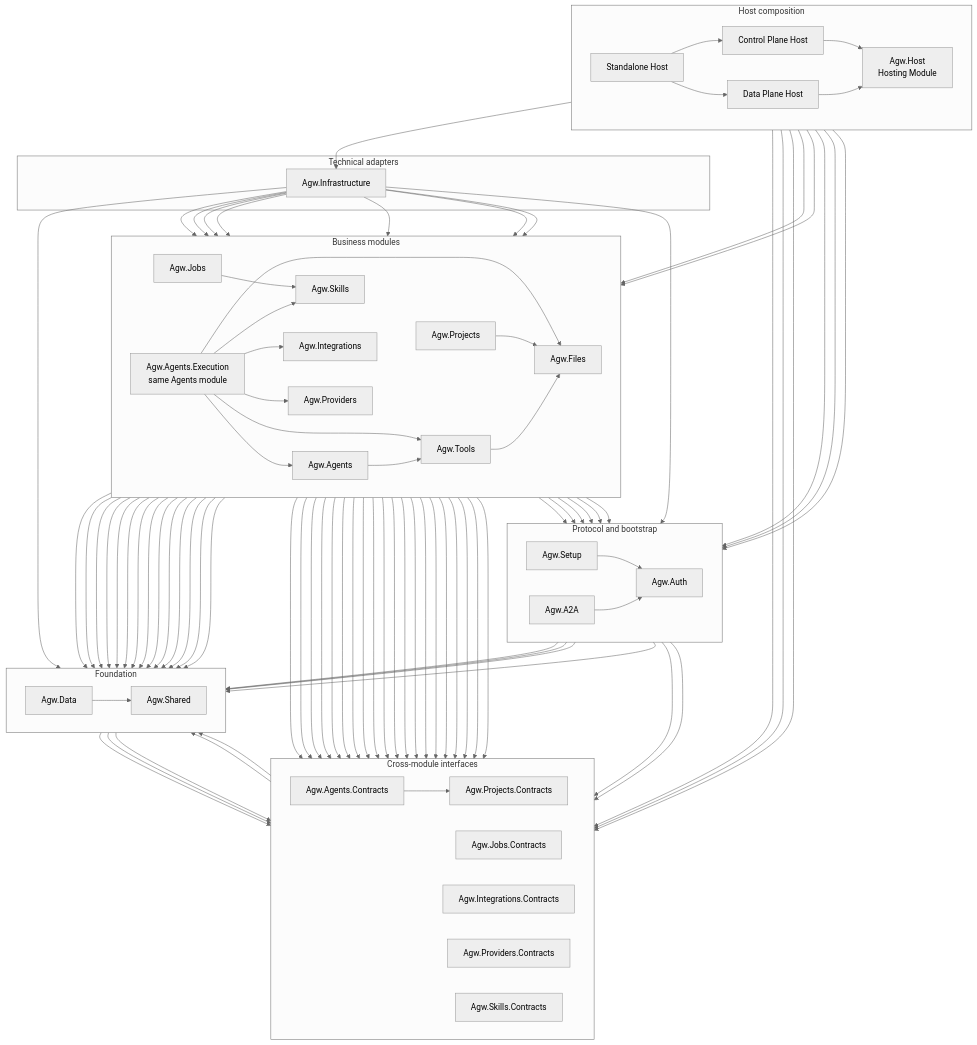
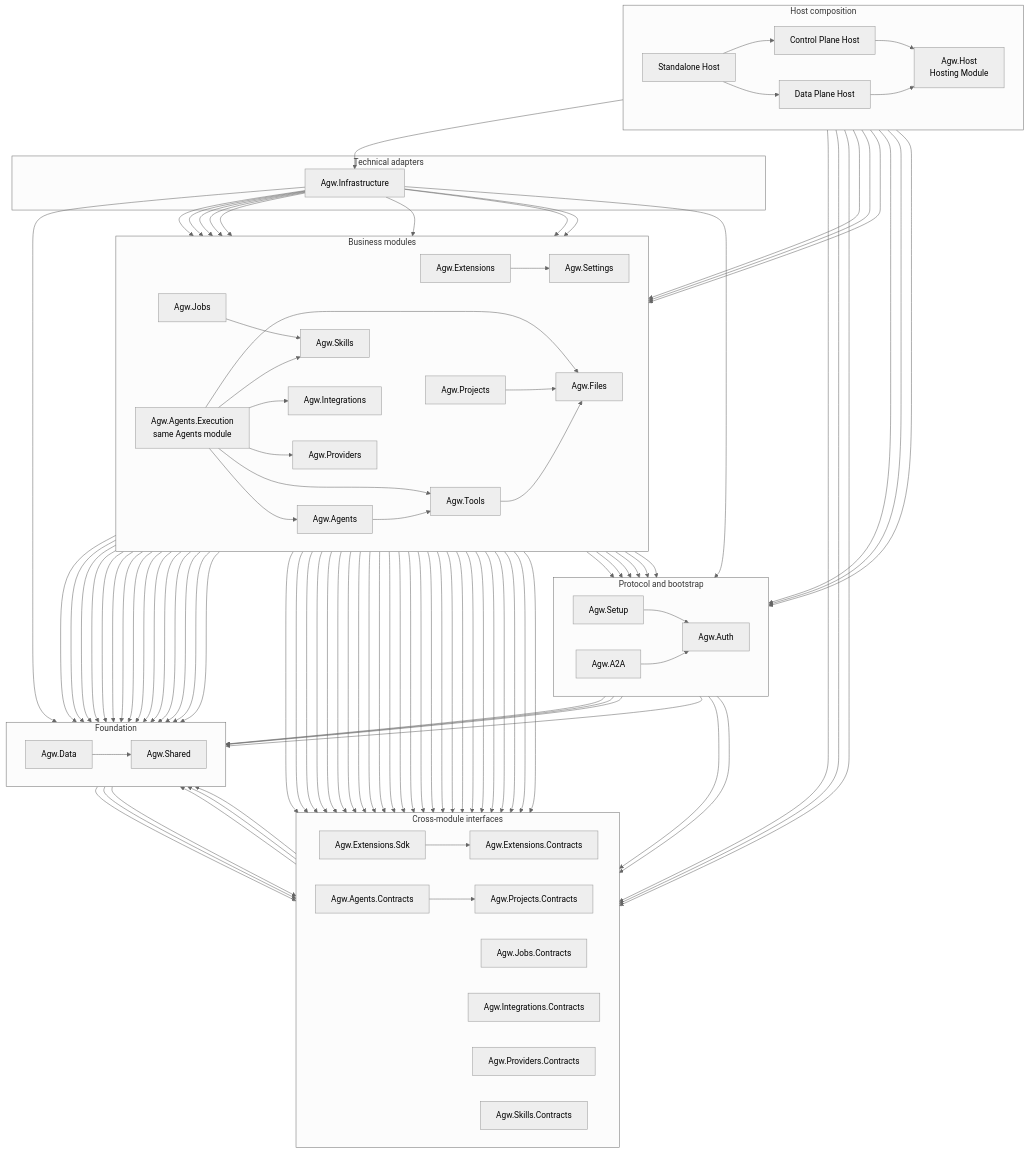
Before and after one commit to zxyao145/agw: the diagram in docs/2.Architecture.md, drawn with Mermaid (neutral theme). The commit also changed other lines of this file and 315 other files, not shown here.

```diff
--- a/docs/2.Architecture.md
+++ b/docs/2.Architecture.md
@@ -92,6 +92,8 @@
         SKILLS["Agw.Skills"]
         TOOLS["Agw.Tools"]
         FILES["Agw.Files"]
+        EXTENSIONS["Agw.Extensions"]
+        SETTINGS["Agw.Settings"]
     end
 
     subgraph Interfaces["Cross-module interfaces"]
@@ -102,6 +104,8 @@
         INTEGRATION_CONTRACTS["Agw.Integrations.Contracts"]
         PROVIDER_CONTRACTS["Agw.Providers.Contracts"]
         SKILL_CONTRACTS["Agw.Skills.Contracts"]
+        EXTENSION_CONTRACTS["Agw.Extensions.Contracts"]
+        EXTENSION_SDK["Agw.Extensions.Sdk"]
     end
 
     subgraph Foundation["Foundation"]
@@ -123,6 +127,7 @@
     HOST --> INFRA
     HOST --> SETUP
     HOST --> A2A
+    HOST --> EXTENSIONS
 
     SETUP --> AUTH
     SETUP --> SHARED
@@ -141,6 +146,15 @@
     INFRA --> JOBS
     INFRA --> DATA
     INFRA --> TOOLS
+    INFRA --> EXTENSIONS
+
+    EXTENSIONS --> EXTENSION_CONTRACTS
+    EXTENSIONS --> EXTENSION_SDK
+    EXTENSIONS --> AGENT_CONTRACTS
+    EXTENSIONS --> SETTINGS
+    EXTENSIONS --> SHARED
+    EXTENSION_SDK --> EXTENSION_CONTRACTS
+    EXTENSION_SDK --> SHARED
 
     SKILLS --> AGENT_CONTRACTS
     SKILLS --> SKILL_CONTRACTS
@@ -165,6 +179,7 @@
     EXECUTION --> SHARED
     EXECUTION --> SKILLS
     EXECUTION --> TOOLS
+    EXECUTION --> EXTENSION_CONTRACTS
 
     AGENTS --> AUTH
     AGENTS --> AGENT_CONTRACTS
@@ -186,6 +201,7 @@
     PROJECTS --> DATA
     TOOLS --> AUTH
     TOOLS --> FILES
+    TOOLS --> EXTENSION_CONTRACTS
 
     AUTH --> SHARED
     AUTH --> DATA
```
